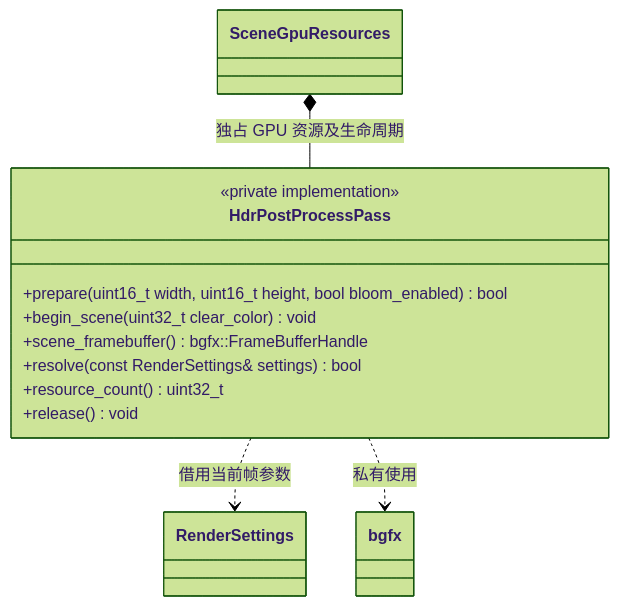
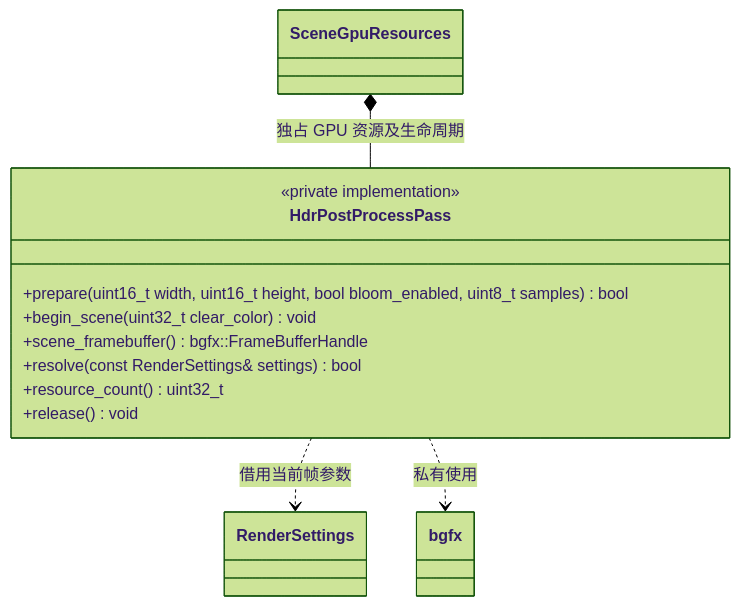
The seventh of 7 diagrams in docs/runtime/class-diagrams/render-system.md (lcals/Engine), drawn with Mermaid (forest theme) before and after one commit. The commit also changed other lines of this file and 291 other files, not shown here.

````diff
--- a/docs/runtime/class-diagrams/render-system.md
+++ b/docs/runtime/class-diagrams/render-system.md
@@ -482,18 +501,18 @@
 ```mermaid
 classDiagram
     class SceneGpuResources
     class HdrPostProcessPass {
         <<private implementation>>
-        +prepare(uint16_t width, uint16_t height, bool bloom_enabled) bool
+        +prepare(uint16_t width, uint16_t height, bool bloom_enabled, uint8_t samples) bool
         +begin_scene(uint32_t clear_color) void
         +scene_framebuffer() bgfx::FrameBufferHandle
         +resolve(const RenderSettings& settings) bool
         +resource_count() uint32_t
         +release() void
     }
     class RenderSettings
     class bgfx
     SceneGpuResources *-- HdrPostProcessPass : 独占 GPU 资源及生命周期
     HdrPostProcessPass ..> RenderSettings : 借用当前帧参数
     HdrPostProcessPass ..> bgfx : 私有使用
 ```
````
